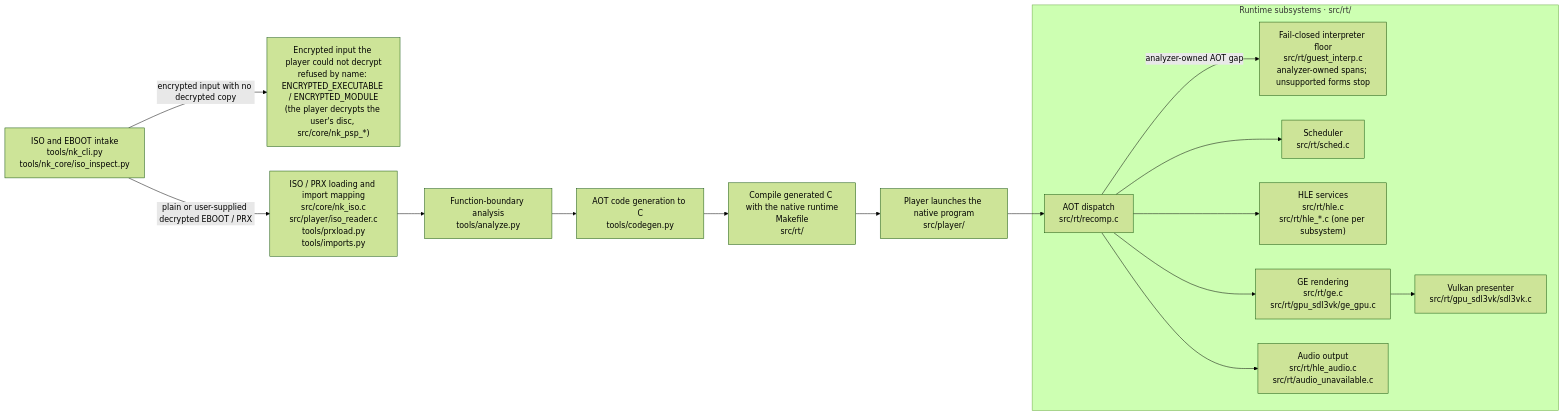
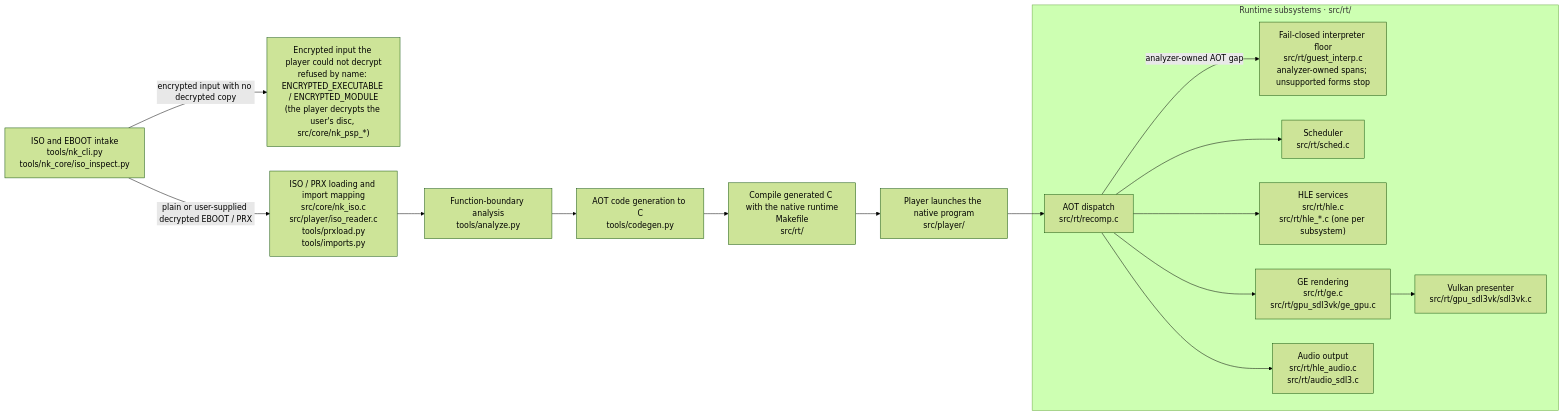
Before and after one commit to Jstar269/nakagawa-recomp: the diagram in docs/ARCHITECTURE.md, drawn with Mermaid (forest theme). The commit also changed other lines of this file and 17 other files, not shown here.

First line of the commit message:
build: audio_sdl3.c, the SDL3 host audio backend under its real name (#1531)

````diff
--- a/docs/ARCHITECTURE.md
+++ b/docs/ARCHITECTURE.md
@@ -19,29 +19,29 @@
 ```mermaid
 flowchart LR
     INTAKE["ISO and EBOOT intake<br/>tools/nk_cli.py<br/>tools/nk_core/iso_inspect.py"]
     REFUSE["Encrypted input the player could not decrypt<br/>refused by name: ENCRYPTED_EXECUTABLE / ENCRYPTED_MODULE<br/>(the player decrypts the user's disc, src/core/nk_psp_*)"]
     LOAD["ISO / PRX loading and import mapping<br/>src/core/nk_iso.c<br/>src/player/iso_reader.c<br/>tools/prxload.py<br/>tools/imports.py"]
     ANALYZE["Function-boundary analysis<br/>tools/analyze.py"]
     CODEGEN["AOT code generation to C<br/>tools/codegen.py"]
     BUILD["Compile generated C with the native runtime<br/>Makefile<br/>src/rt/"]
     PLAYER["Player launches the native program<br/>src/player/"]
 
     subgraph RUNTIME["Runtime subsystems · src/rt/"]
         AOT["AOT dispatch<br/>src/rt/recomp.c"]
         FLOOR["Fail-closed interpreter floor<br/>src/rt/guest_interp.c<br/>analyzer-owned spans; unsupported forms stop"]
         SCHED["Scheduler<br/>src/rt/sched.c"]
         HLE["HLE services<br/>src/rt/hle.c<br/>src/rt/hle_*.c (one per subsystem)"]
         GE["GE rendering<br/>src/rt/ge.c<br/>src/rt/gpu_sdl3vk/ge_gpu.c"]
         VK["Vulkan presenter<br/>src/rt/gpu_sdl3vk/sdl3vk.c"]
-        AUDIO["Audio output<br/>src/rt/hle_audio.c<br/>src/rt/audio_unavailable.c"]
+        AUDIO["Audio output<br/>src/rt/hle_audio.c<br/>src/rt/audio_sdl3.c"]
     end
 
     INTAKE -->|"encrypted input with no decrypted copy"| REFUSE
     INTAKE -->|"plain or user-supplied decrypted EBOOT / PRX"| LOAD
     LOAD --> ANALYZE --> CODEGEN --> BUILD --> PLAYER --> AOT
     AOT -->|"analyzer-owned AOT gap"| FLOOR
     AOT --> SCHED
     AOT --> HLE
     AOT --> GE --> VK
     AOT --> AUDIO
 ```
````
